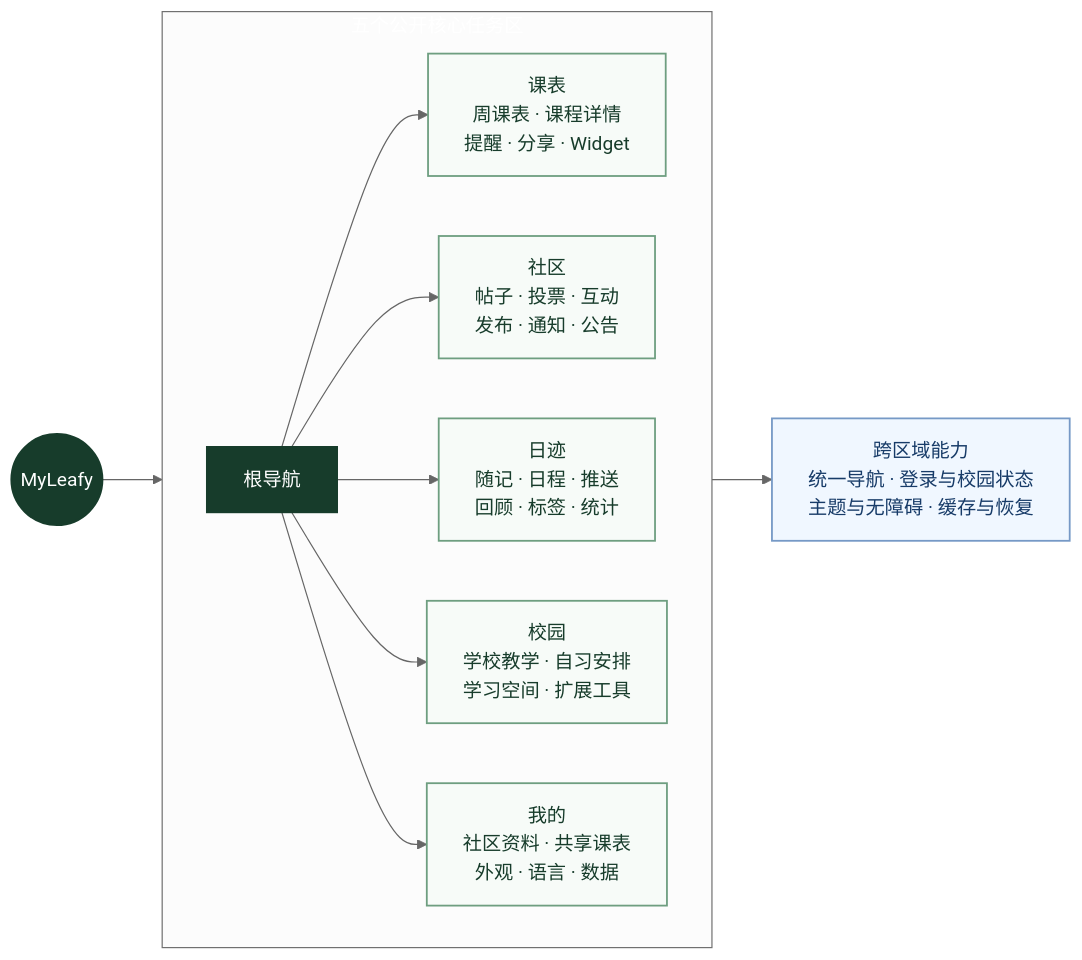
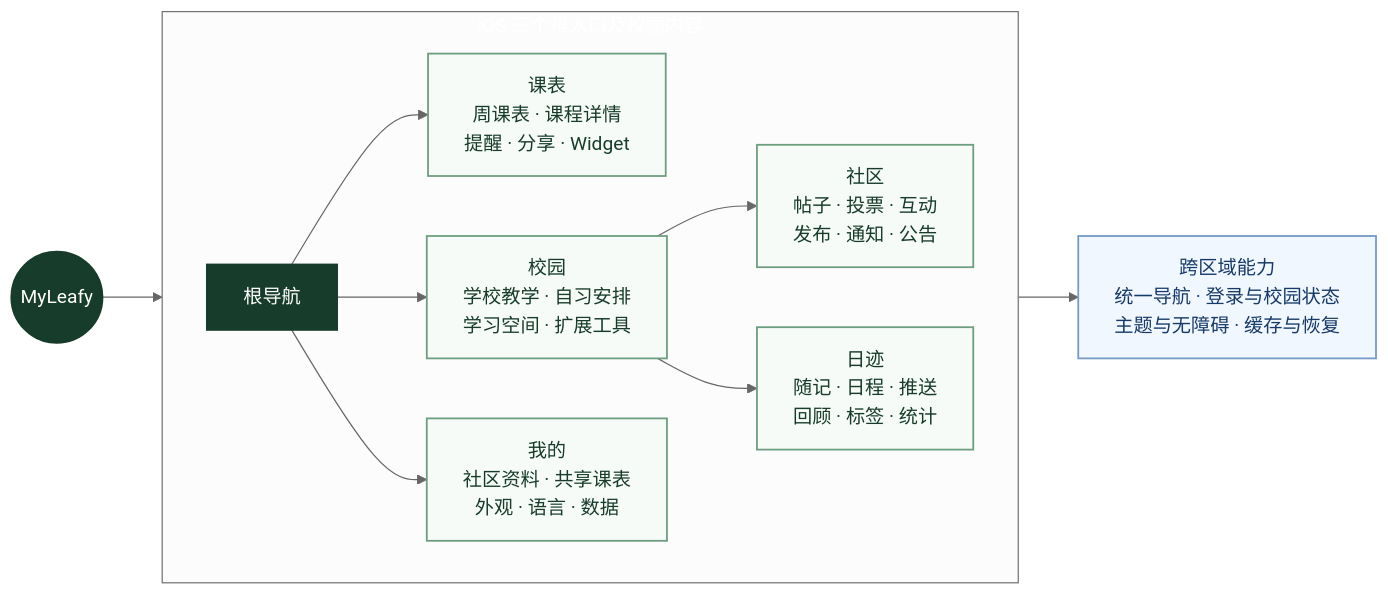
Before and after one commit to IsaacHuo/MyLeafy: the diagram in docs/design/app-design.md, drawn with Mermaid (neutral theme). The commit also changed other lines of this file and 22 other files, not shown here.

Commit message:
Integrate journal and community into the campus sidebar

````diff
--- a/docs/design/app-design.md
+++ b/docs/design/app-design.md
@@ -34,22 +34,22 @@
 ```mermaid
 flowchart LR
     App(("MyLeafy")) --> Nav["根导航"]
 
-    subgraph Tasks["五个公开核心任务区"]
+    subgraph Tasks["iOS 三个根入口及校园内容"]
         direction LR
         Nav --> Timetable["课表<br/>周课表 · 课程详情<br/>提醒 · 分享 · Widget"]
-        Nav --> Community["社区<br/>帖子 · 投票 · 互动<br/>发布 · 通知 · 公告"]
-        Nav --> Journal["日迹<br/>随记 · 日程 · 推送<br/>回顾 · 标签 · 统计"]
+        Campus --> Community["社区<br/>帖子 · 投票 · 互动<br/>发布 · 通知 · 公告"]
+        Campus --> Journal["日迹<br/>随记 · 日程 · 推送<br/>回顾 · 标签 · 统计"]
         Nav --> Campus["校园<br/>学校教学 · 自习安排<br/>学习空间 · 扩展工具"]
         Nav --> Profile["我的<br/>社区资料 · 共享课表<br/>外观 · 语言 · 数据"]
     end
 
     Nav --> Shared["跨区域能力<br/>统一导航 · 登录与校园状态<br/>主题与无障碍 · 缓存与恢复"]
 
     classDef root fill:#173C2B,stroke:#173C2B,color:#FFFFFF,stroke-width:2px;
     classDef area fill:#F7FBF8,stroke:#6E9E80,color:#173C2B,stroke-width:1.5px;
     classDef shared fill:#F0F7FF,stroke:#7699C6,color:#173B68,stroke-width:1.5px;
     class App,Nav root;
     class Timetable,Community,Journal,Campus,Profile area;
     class Shared shared;
 ```
````
